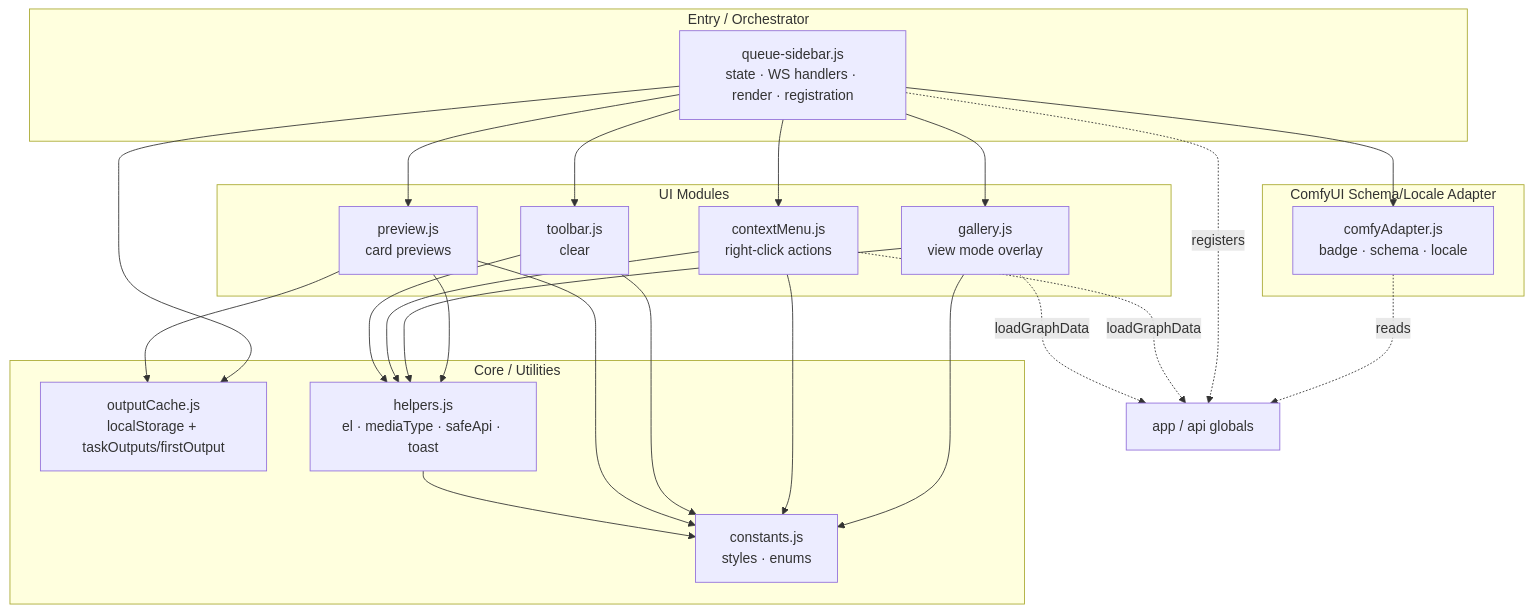
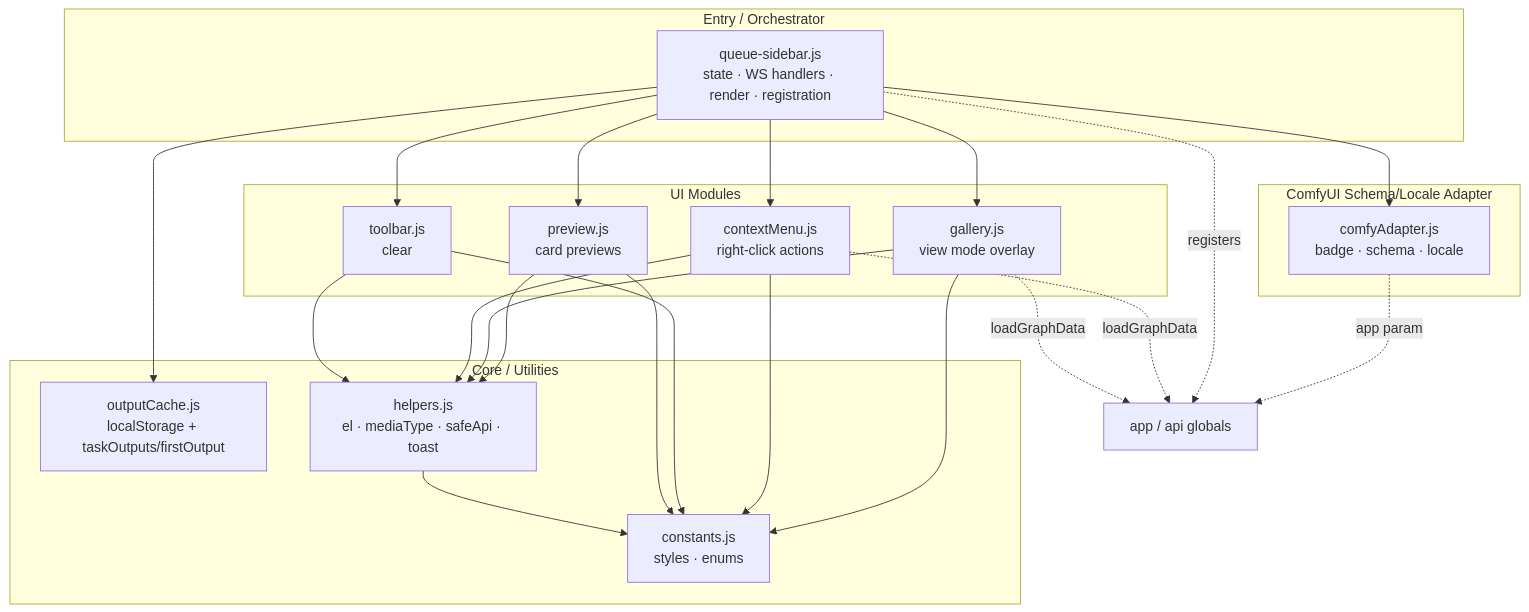
One commit to Zhen-Bo/comfyui_queue_sidebar changed the second of 5 diagrams in docs/ARCHITECTURE.md. Above: the diagram before and after it, drawn with Mermaid. The commit also changed 3 other files, not shown here.

````diff
--- a/docs/ARCHITECTURE.md
+++ b/docs/ARCHITECTURE.md
@@ -49,44 +49,43 @@
 ```mermaid
 flowchart TB
     subgraph entry[Entry / Orchestrator]
         main[queue-sidebar.js<br/>state · WS handlers · render · registration]
     end
 
     subgraph coupling[ComfyUI Schema/Locale Adapter]
         adapter[comfyAdapter.js<br/>badge · schema · locale]
     end
 
     subgraph uimod[UI Modules]
         preview[preview.js<br/>card previews]
         gallery[gallery.js<br/>view mode overlay]
         ctx[contextMenu.js<br/>right-click actions]
         toolbar[toolbar.js<br/>clear]
     end
 
     subgraph core[Core / Utilities]
         cache[outputCache.js<br/>localStorage + taskOutputs/firstOutput]
         helpers[helpers.js<br/>el · mediaType · safeApi · toast]
         constants[constants.js<br/>styles · enums]
     end
 
     main --> adapter
     main --> preview
     main --> gallery
     main --> ctx
     main --> toolbar
     main --> cache
-    preview --> cache
     preview --> helpers
     gallery --> helpers
     gallery --> constants
     ctx --> helpers
     ctx --> constants
     toolbar --> helpers
     toolbar --> constants
     preview --> constants
-    adapter -.reads.-> comfyglobals[app / api globals]
+    adapter -.app param.-> comfyglobals[app / api globals]
     main -.registers.-> comfyglobals
     ctx -.loadGraphData.-> comfyglobals
     gallery -.loadGraphData.-> comfyglobals
     helpers --> constants
 ```
````
